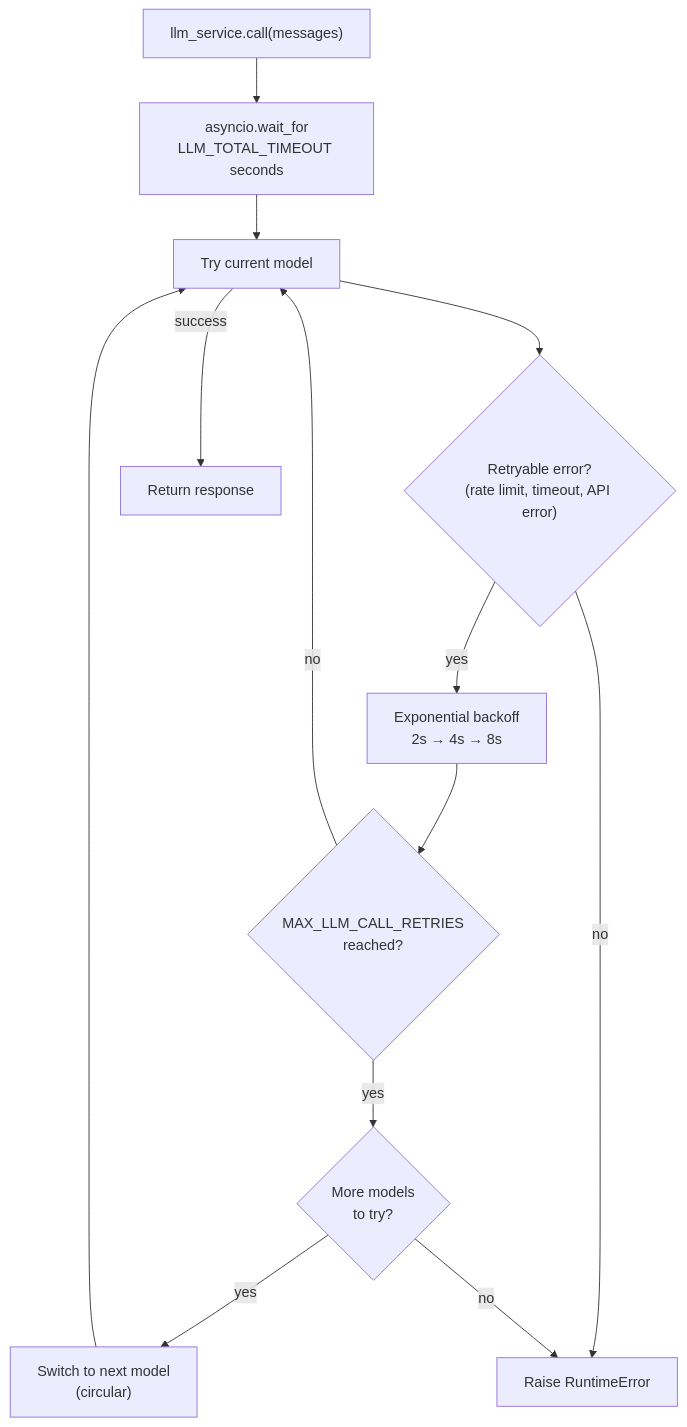
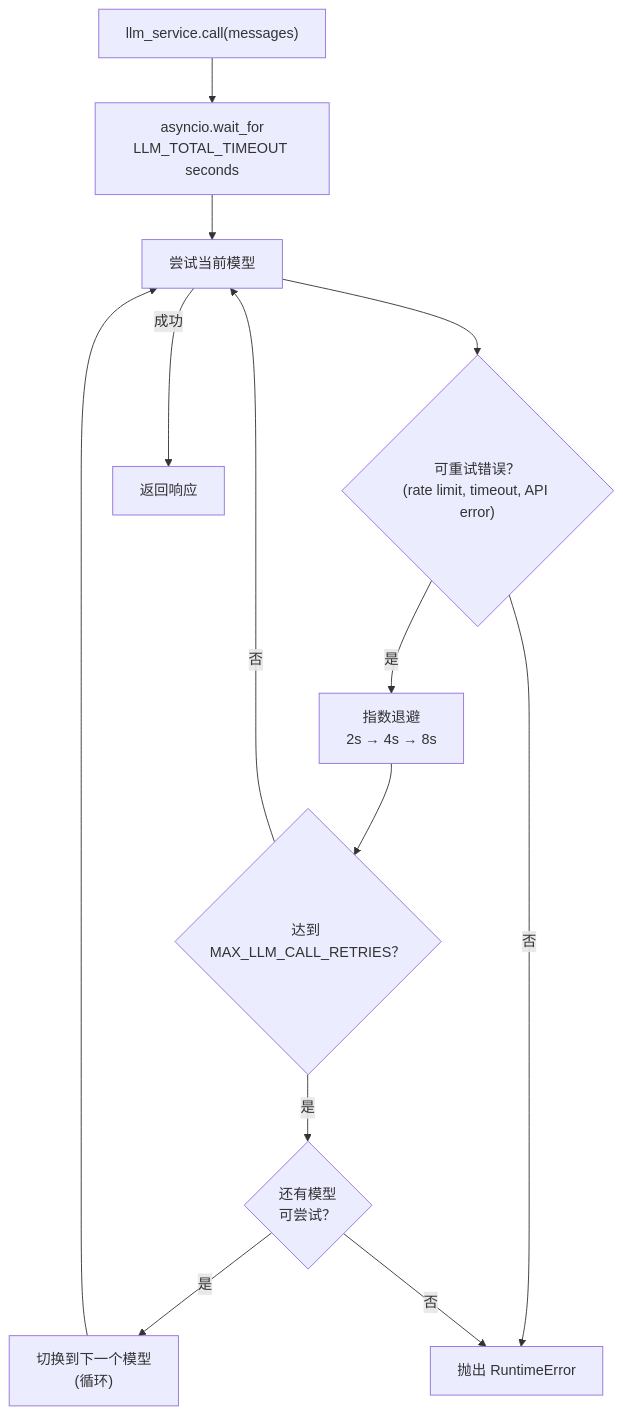
One commit to sanshi42/fastapi-langgraph-agent-production-ready-template changed the diagram in docs/llm-service.md. Above: the diagram before and after it, drawn with Mermaid. The commit also changed other lines of this file and 68 other files, not shown here.

````diff
--- a/docs/llm-service.md
+++ b/docs/llm-service.md
@@ -29,23 +29,23 @@
 ```mermaid
 flowchart TD
     Call["llm_service.call(messages)"]
     TotalTimeout["asyncio.wait_for\nLLM_TOTAL_TIMEOUT seconds"]
-    Try["Try current model"]
-    Retry{"Retryable error?\n(rate limit, timeout, API error)"}
-    MaxRetries{"MAX_LLM_CALL_RETRIES\nreached?"}
-    NextModel{"More models\nto try?"}
-    Backoff["Exponential backoff\n2s → 4s → 8s"]
-    Switch["Switch to next model\n(circular)"]
-    Success["Return response"]
-    Fail["Raise RuntimeError"]
+    Try["尝试当前模型"]
+    Retry{"可重试错误？\n(rate limit, timeout, API error)"}
+    MaxRetries{"达到 MAX_LLM_CALL_RETRIES？"}
+    NextModel{"还有模型\n可尝试？"}
+    Backoff["指数退避\n2s → 4s → 8s"]
+    Switch["切换到下一个模型\n(循环)"]
+    Success["返回响应"]
+    Fail["抛出 RuntimeError"]
 
     Call --> TotalTimeout --> Try
     Try --> Retry
-    Retry -->|yes| Backoff --> MaxRetries
-    MaxRetries -->|no| Try
-    MaxRetries -->|yes| NextModel
-    Retry -->|no| Fail
-    NextModel -->|yes| Switch --> Try
-    NextModel -->|no| Fail
-    Try -->|success| Success
+    Retry -->|是| Backoff --> MaxRetries
+    MaxRetries -->|否| Try
+    MaxRetries -->|是| NextModel
+    Retry -->|否| Fail
+    NextModel -->|是| Switch --> Try
+    NextModel -->|否| Fail
+    Try -->|成功| Success
 ```
````
